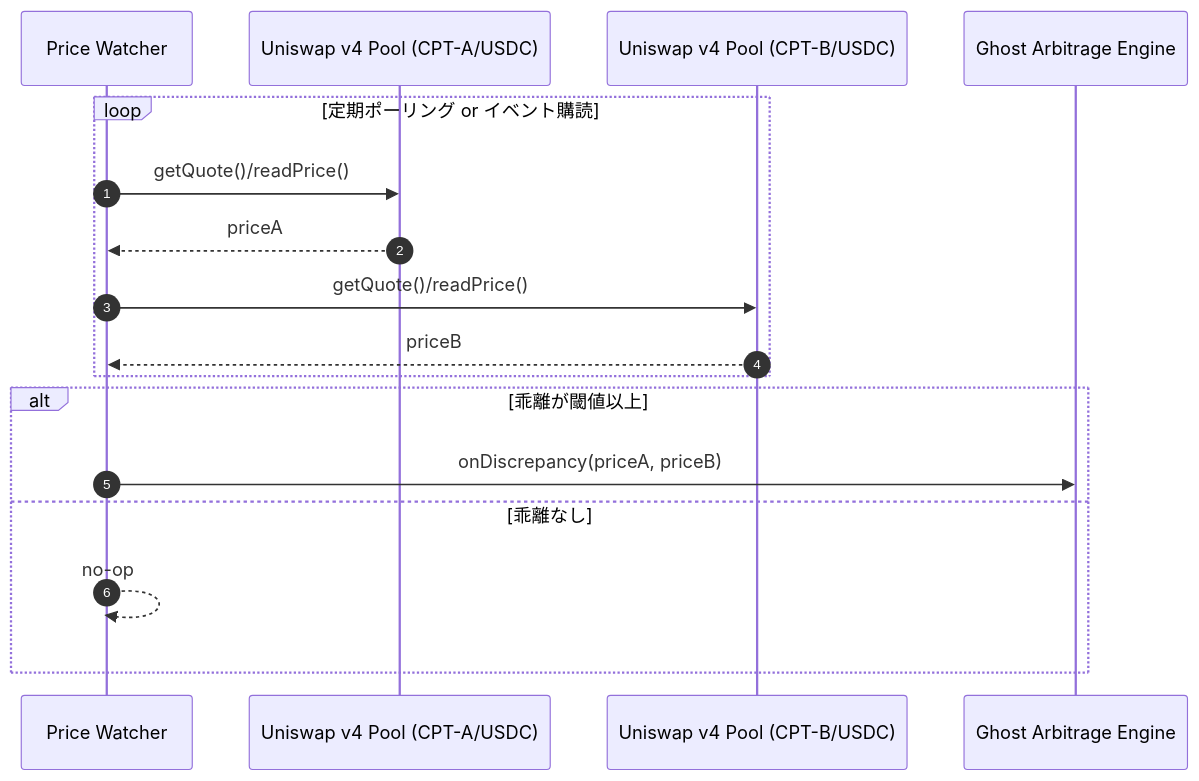
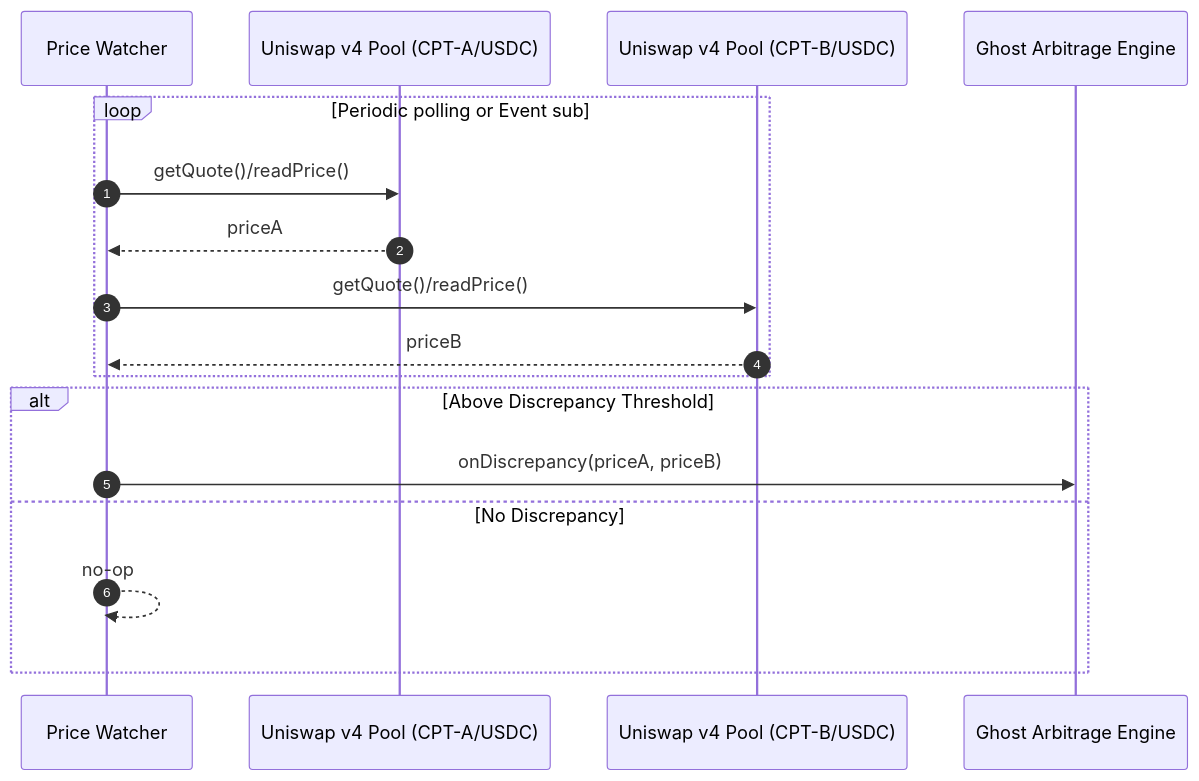
The seventh of 11 diagrams in README.md (mashharuki/hack-money-2026), drawn with Mermaid before and after one commit. The commit also changed other lines of this file and 4 other files, not shown here.

````diff
--- a/README.md
+++ b/README.md
@@ -466,21 +469,21 @@
 ```mermaid
 sequenceDiagram
   autonumber
   participant Watcher as Price Watcher
   participant PoolA as Uniswap v4 Pool (CPT-A/USDC)
   participant PoolB as Uniswap v4 Pool (CPT-B/USDC)
   participant Engine as Ghost Arbitrage Engine
 
-  loop 定期ポーリング or イベント購読
+  loop Periodic polling or Event sub
     Watcher->>PoolA: getQuote()/readPrice()
     PoolA-->>Watcher: priceA
     Watcher->>PoolB: getQuote()/readPrice()
     PoolB-->>Watcher: priceB
   end
 
-  alt 乖離が閾値以上
+  alt Above Discrepancy Threshold
     Watcher->>Engine: onDiscrepancy(priceA, priceB)
-  else 乖離なし
+  else No Discrepancy
     Watcher-->>Watcher: no-op
   end
 ```
````
